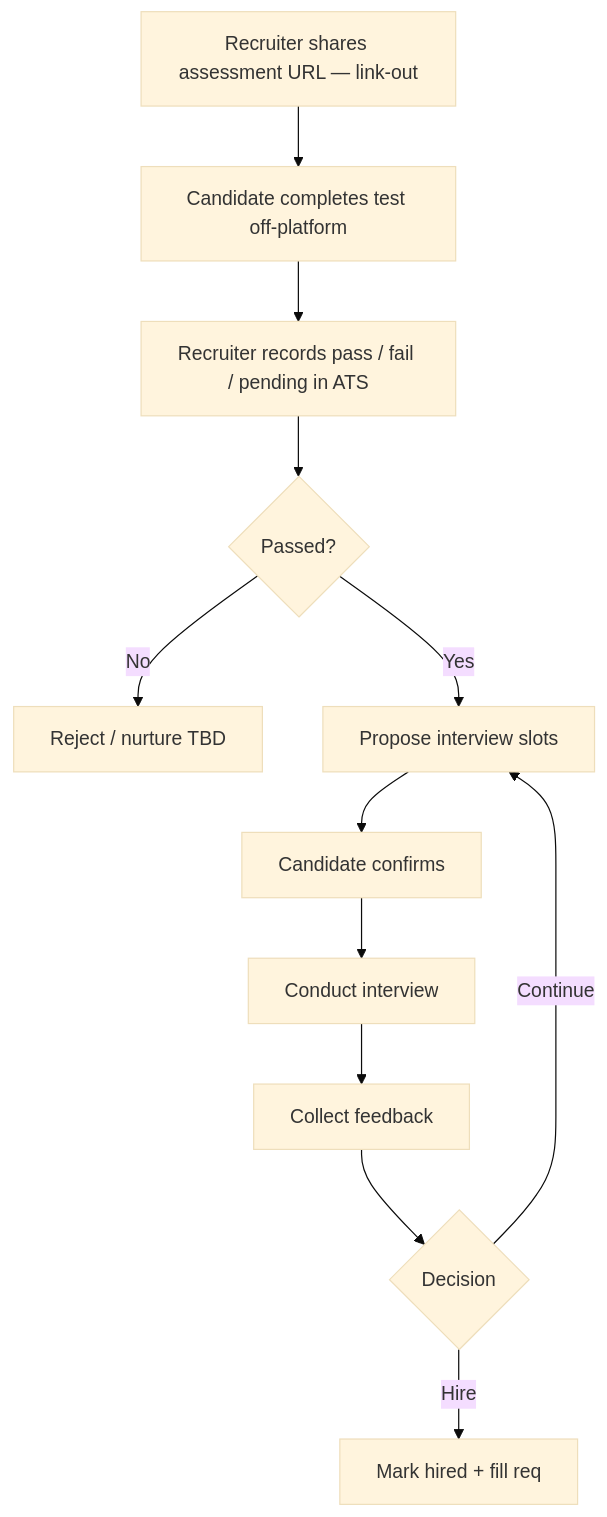
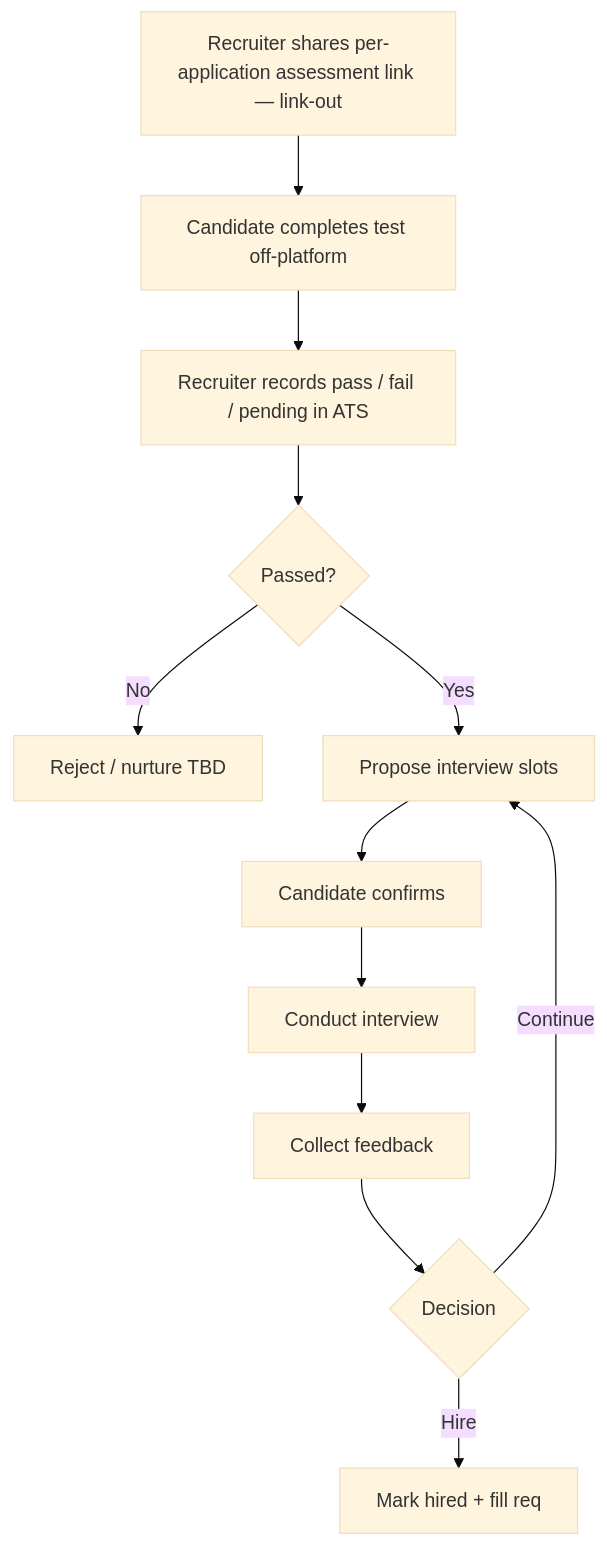
The fifth of 7 diagrams in LTI-ICS/001-prd.md (icsanabriar/AI4Devs-design-2-202602-Seniors), drawn with Mermaid (base theme) before and after one commit. The commit also changed other lines of this file and 1 other file, not shown here.

````diff
--- a/LTI-ICS/001-prd.md
+++ b/LTI-ICS/001-prd.md
@@ -467,14 +467,14 @@
 ```mermaid
 flowchart TB
-  A[Recruiter shares assessment URL — link-out] --> B[Candidate completes test off-platform]
+  A[Recruiter shares per-application assessment link — link-out] --> B[Candidate completes test off-platform]
   B --> C[Recruiter records pass / fail / pending in ATS]
   C --> D{Passed?}
   D -->|No| E[Reject / nurture TBD]
   D -->|Yes| F[Propose interview slots]
   F --> G[Candidate confirms]
   G --> H[Conduct interview]
   H --> I[Collect feedback]
   I --> J{Decision}
   J -->|Hire| K[Mark hired + fill req]
   J -->|Continue| F
 ```
````
